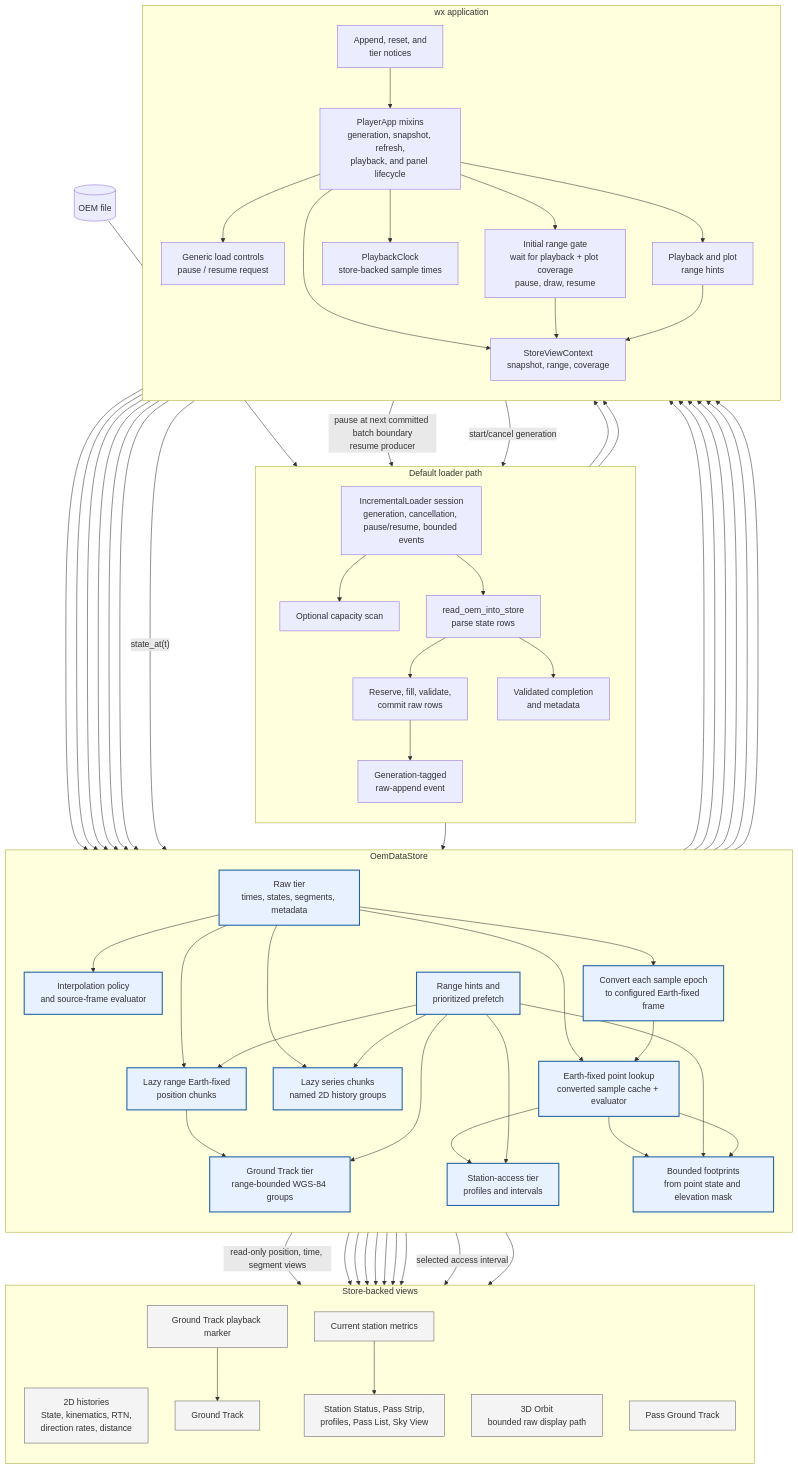
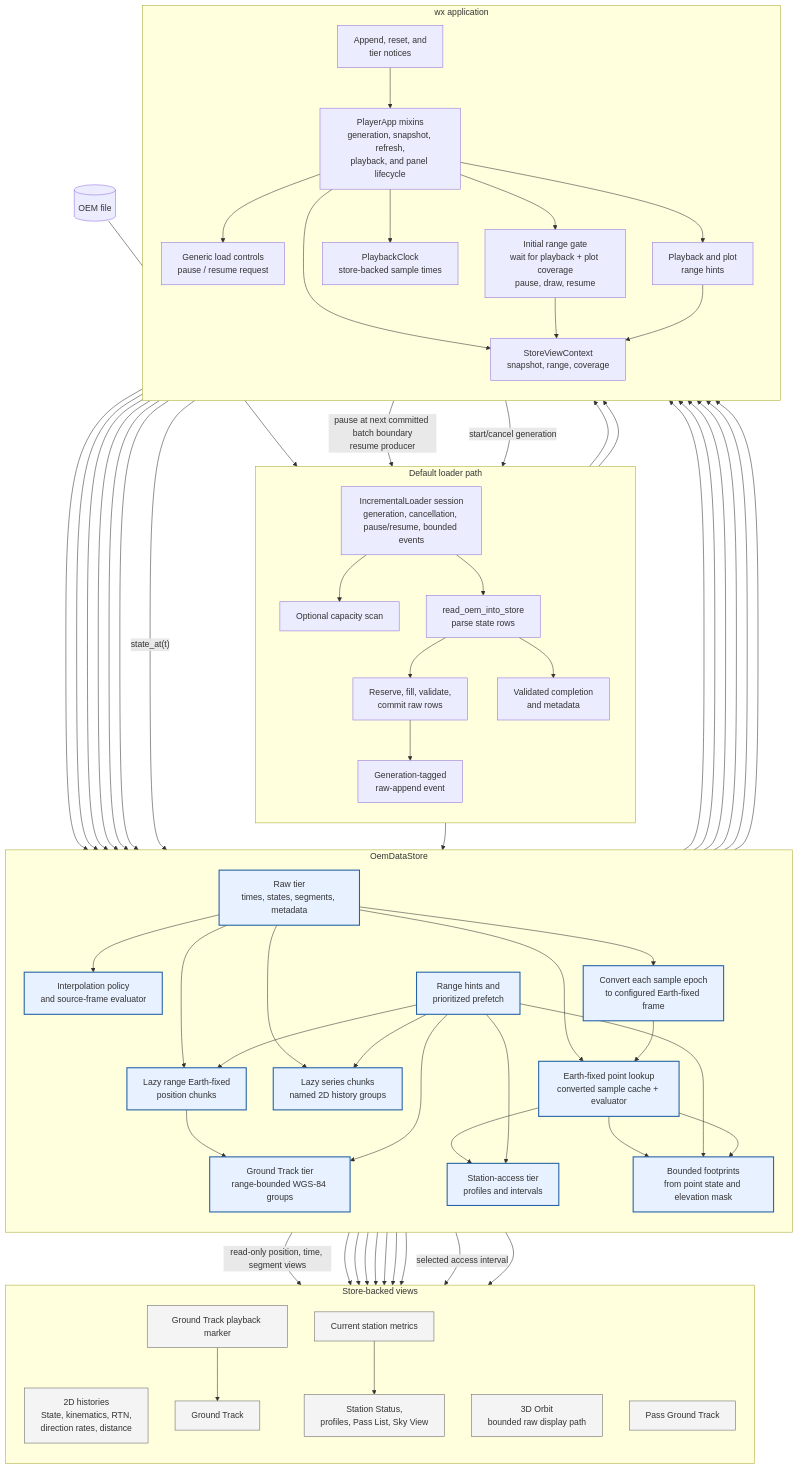
One commit to jeongyunl/ephem-toolkit changed the diagram in docs/architecture/play-oem/PLAY_OEM_DATAFLOW.mmd. Above: the diagram before and after it, drawn with Mermaid. The commit also changed 10 other files, not shown here.

Commit message:
Refactor: remove 'Pass Strip' references from documentation and codebase

```diff
--- a/docs/architecture/play-oem/PLAY_OEM_DATAFLOW.mmd
+++ b/docs/architecture/play-oem/PLAY_OEM_DATAFLOW.mmd
@@ -1,113 +1,113 @@
 flowchart TD
     FILE[("OEM file")]
 
     subgraph WORKER["Default loader path"]
         direction TB
         SESSION["IncrementalLoader session<br/>generation, cancellation, pause/resume, bounded events"]
         CAPACITY["Optional capacity scan"]
         PARSE["read_oem_into_store<br/>parse state rows"]
         COMMIT["Reserve, fill, validate,<br/>commit raw rows"]
         RAW_EVENT["Generation-tagged<br/>raw-append event"]
         COMPLETE["Validated completion<br/>and metadata"]
         SESSION --> CAPACITY
         SESSION --> PARSE
         PARSE --> COMMIT
         COMMIT --> RAW_EVENT
         PARSE --> COMPLETE
     end
 
     subgraph STORE["OemDataStore"]
         direction TB
         RAW["Raw tier<br/>times, states, segments, metadata"]
         POLICY["Interpolation policy<br/>and source-frame evaluator"]
         FIXED_STATE["Earth-fixed point lookup<br/>converted sample cache + evaluator"]
         CONVERT["Convert each sample epoch<br/>to configured Earth-fixed frame"]
         SERIES["Lazy series chunks<br/>named 2D history groups"]
         EARTH_FIXED["Lazy range Earth-fixed<br/>position chunks"]
         GROUND_TRACK["Ground Track tier<br/>range-bounded WGS-84 groups"]
         ACCESS["Station-access tier<br/>profiles and intervals"]
         FOOTPRINT["Bounded footprints<br/>from point state and elevation mask"]
         SCHEDULER["Range hints and<br/>prioritized prefetch"]
         RAW --> POLICY
         RAW --> FIXED_STATE
         RAW --> CONVERT
         CONVERT --> FIXED_STATE
         RAW --> SERIES
         RAW --> EARTH_FIXED
         EARTH_FIXED --> GROUND_TRACK
         FIXED_STATE --> ACCESS
         FIXED_STATE --> FOOTPRINT
         SCHEDULER --> SERIES
         SCHEDULER --> EARTH_FIXED
         SCHEDULER --> GROUND_TRACK
         SCHEDULER --> ACCESS
         SCHEDULER --> FOOTPRINT
     end
 
     subgraph APP["wx application"]
         direction TB
         CONTROLLER["PlayerApp mixins<br/>generation, snapshot, refresh,<br/>playback, and panel lifecycle"]
         LOAD_CONTROL["Generic load controls<br/>pause / resume request"]
         INITIAL_PLOT["Initial range gate<br/>wait for playback + plot coverage<br/>pause, draw, resume"]
         CONTEXT["StoreViewContext<br/>snapshot, range, coverage"]
         CLOCK["PlaybackClock<br/>store-backed sample times"]
         RANGE["Playback and plot<br/>range hints"]
         TIER_NOTICE["Append, reset, and<br/>tier notices"]
         CONTROLLER --> CONTEXT
         CONTROLLER --> LOAD_CONTROL
         LOAD_CONTROL -->|"pause at next committed batch boundary<br/>resume producer"| SESSION
         CONTROLLER --> INITIAL_PLOT
         CONTROLLER --> CLOCK
         CONTROLLER --> RANGE
         CONTROLLER -->|"start/cancel generation"| SESSION
         RAW --> TIER_NOTICE
         SERIES --> TIER_NOTICE
         EARTH_FIXED --> TIER_NOTICE
         GROUND_TRACK --> TIER_NOTICE
         ACCESS --> TIER_NOTICE
         FOOTPRINT --> TIER_NOTICE
         TIER_NOTICE --> CONTROLLER
     end
 
     subgraph VIEWS["Store-backed views"]
         direction TB
         HISTORIES["2D histories<br/>State, kinematics, RTN,<br/>direction rates, distance"]
         TRAJECTORY["3D Orbit<br/>bounded raw display path"]
         TRACK_VIEW["Ground Track"]
-        STATION_VIEWS["Station Status, Pass Strip,<br/>profiles, Pass List, Sky View"]
+        STATION_VIEWS["Station Status,<br/>profiles, Pass List, Sky View"]
         PASS_TRACK["Pass Ground Track"]
         CURRENT_METRICS["Current station metrics"]
         MARKER["Ground Track playback marker"]
     end
 
     FILE --> CAPACITY
     COMMIT --> RAW
     RAW_EVENT --> CONTROLLER
     INITIAL_PLOT --> CONTEXT
     COMPLETE --> CONTROLLER
     RANGE --> CONTEXT
     RANGE --> SCHEDULER
     CONTEXT --> SERIES
     CONTEXT --> GROUND_TRACK
     CONTEXT --> ACCESS
     CONTEXT --> FOOTPRINT
     CONTEXT --> RAW
     RAW -->|"read-only position, time, segment views"| TRAJECTORY
     CLOCK -->|"state_at(t)"| POLICY
     POLICY --> TRAJECTORY
     FIXED_STATE --> CURRENT_METRICS
     FIXED_STATE --> FOOTPRINT
     FIXED_STATE --> MARKER
     SERIES --> HISTORIES
     GROUND_TRACK --> TRACK_VIEW
     MARKER --> TRACK_VIEW
     GROUND_TRACK --> PASS_TRACK
     ACCESS --> STATION_VIEWS
     ACCESS -->|"selected access interval"| PASS_TRACK
     FOOTPRINT --> TRACK_VIEW
     CURRENT_METRICS --> STATION_VIEWS
 
     classDef store fill:#e8f1ff,stroke:#2463a6,stroke-width:2px
     classDef view fill:#f4f4f4,stroke:#666
     class RAW,POLICY,FIXED_STATE,CONVERT,SERIES,EARTH_FIXED,GROUND_TRACK,ACCESS,FOOTPRINT,SCHEDULER store
     class HISTORIES,TRAJECTORY,TRACK_VIEW,STATION_VIEWS,PASS_TRACK,CURRENT_METRICS,MARKER view
```
